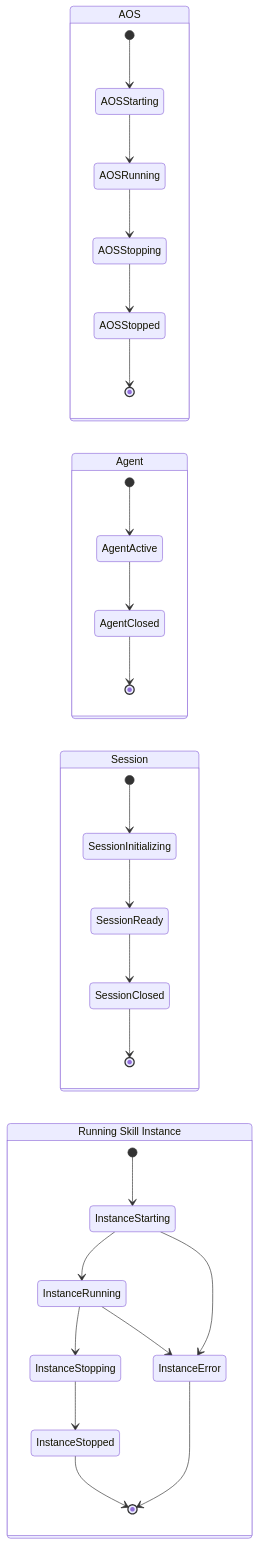
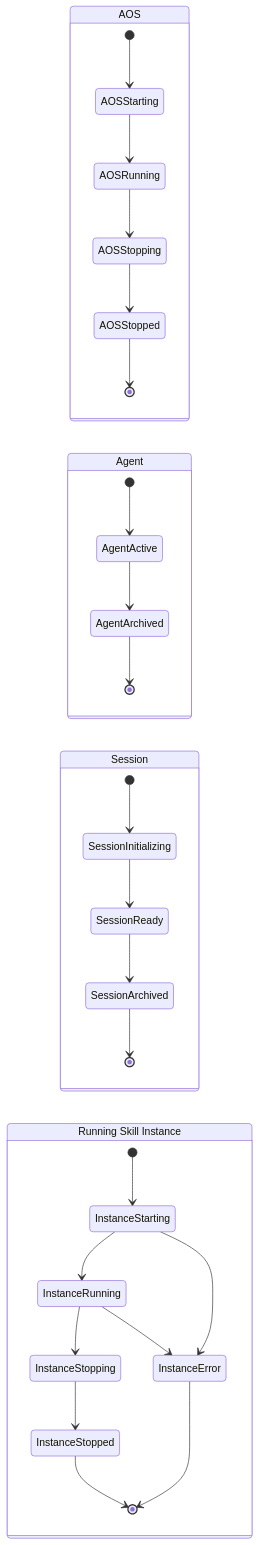
The third of 6 diagrams in docs/charter/AgentOS-v0.72.md (Huafucius/EvoPalantir), drawn with Mermaid before and after one commit. The commit also changed other lines of this file and 1 other file, not shown here.

First line of the commit message:
docs(charter): add v0.73 with skill/plugin/pluginInstance model and unify v0.72 archive terminology

````diff
--- a/docs/charter/AgentOS-v0.72.md
+++ b/docs/charter/AgentOS-v0.72.md
@@ -383,40 +385,40 @@
 ```mermaid
 stateDiagram-v2
     direction LR
 
     state "AOS" as AOSGroup
     state AOSGroup {
         [*] --> AOSStarting
         AOSStarting --> AOSRunning
         AOSRunning --> AOSStopping
         AOSStopping --> AOSStopped
         AOSStopped --> [*]
     }
 
     state "Agent" as AgentGroup
     state AgentGroup {
         [*] --> AgentActive
-        AgentActive --> AgentClosed
-        AgentClosed --> [*]
+        AgentActive --> AgentArchived
+        AgentArchived --> [*]
     }
 
     state "Session" as SessionGroup
     state SessionGroup {
         [*] --> SessionInitializing
         SessionInitializing --> SessionReady
-        SessionReady --> SessionClosed
-        SessionClosed --> [*]
+        SessionReady --> SessionArchived
+        SessionArchived --> [*]
     }
 
     state "Running Skill Instance" as SkillInstanceGroup
     state SkillInstanceGroup {
         [*] --> InstanceStarting
         InstanceStarting --> InstanceRunning
         InstanceRunning --> InstanceStopping
         InstanceStopping --> InstanceStopped
         InstanceStarting --> InstanceError
         InstanceRunning --> InstanceError
         InstanceStopped --> [*]
         InstanceError --> [*]
     }
 ```
````
